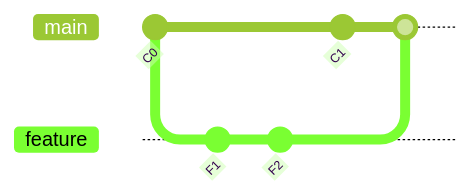
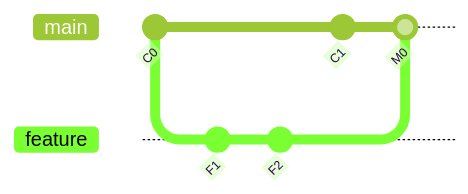
Before and after one commit to playfulprogramming/playfulprogramming: the fifth of 8 diagrams in content/fennifith/posts/example/index.md, drawn with Mermaid (forest theme). The commit also changed other lines of this file and 1 other file, not shown here.

````diff
--- a/content/fennifith/posts/example/index.md
+++ b/content/fennifith/posts/example/index.md
@@ -324,11 +324,11 @@
 ```mermaid
 gitGraph
   commit id:"C0"
   branch feature
   checkout feature
   commit id:"F1"
   commit id:"F2"
   checkout main
   commit id:"C1"
-  merge feature
+  merge feature id:"M0"
 ```
````
